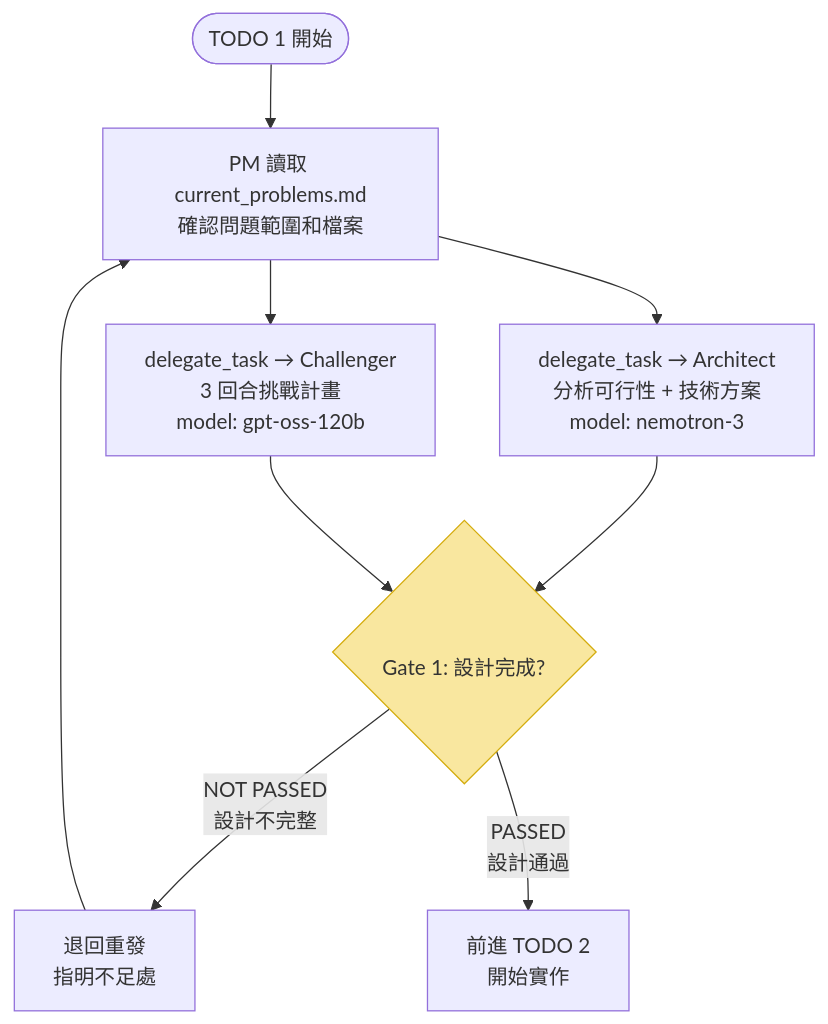
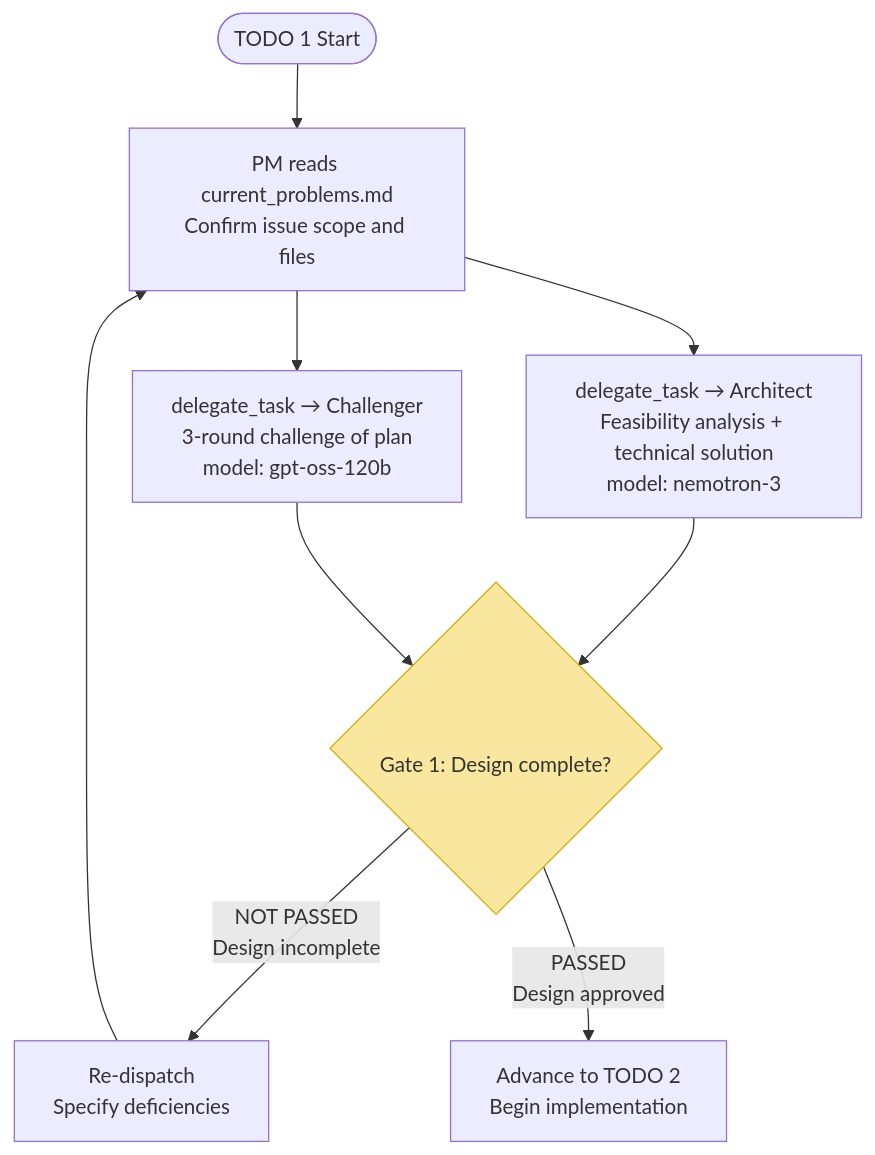
The second of 7 diagrams in docs/diagrams/flow.md (dyphn1/stock-explorer), drawn with Mermaid before and after one commit. The commit also changed other lines of this file and 40 other files, not shown here.

````diff
--- a/docs/diagrams/flow.md
+++ b/docs/diagrams/flow.md
@@ -49,17 +49,17 @@
 ```mermaid
 flowchart TD
-    START([TODO 1 開始]) --> READ[PM 讀取 current_problems.md<br/>確認問題範圍和檔案]
+    START([TODO 1 Start]) --> READ[PM reads current_problems.md<br/>Confirm issue scope and files]
 
-    READ --> DELEGATE1[delegate_task → Architect<br/>分析可行性 + 技術方案<br/>model: nemotron-3]
-    READ --> DELEGATE2[delegate_task → Challenger<br/>3 回合挑戰計畫<br/>model: gpt-oss-120b]
+    READ --> DELEGATE1[delegate_task → Architect<br/>Feasibility analysis + technical solution<br/>model: nemotron-3]
+    READ --> DELEGATE2[delegate_task → Challenger<br/>3-round challenge of plan<br/>model: gpt-oss-120b]
 
-    DELEGATE1 --> GATE1{<br/>Gate 1: 設計完成?}
+    DELEGATE1 --> GATE1{<br/>Gate 1: Design complete?}
     DELEGATE2 --> GATE1
 
-    GATE1 -->|NOT PASSED<br/>設計不完整| BACK[退回重發<br/>指明不足處]
+    GATE1 -->|NOT PASSED<br/>Design incomplete| BACK[Re-dispatch<br/>Specify deficiencies]
     BACK --> READ
 
-    GATE1 -->|PASSED<br/>設計通過| TODO2[前進 TODO 2<br/>開始實作]
+    GATE1 -->|PASSED<br/>Design approved| TODO2[Advance to TODO 2<br/>Begin implementation]
 
     style GATE1 fill:#f9e79f,stroke:#d4ac0d
 ```
````
